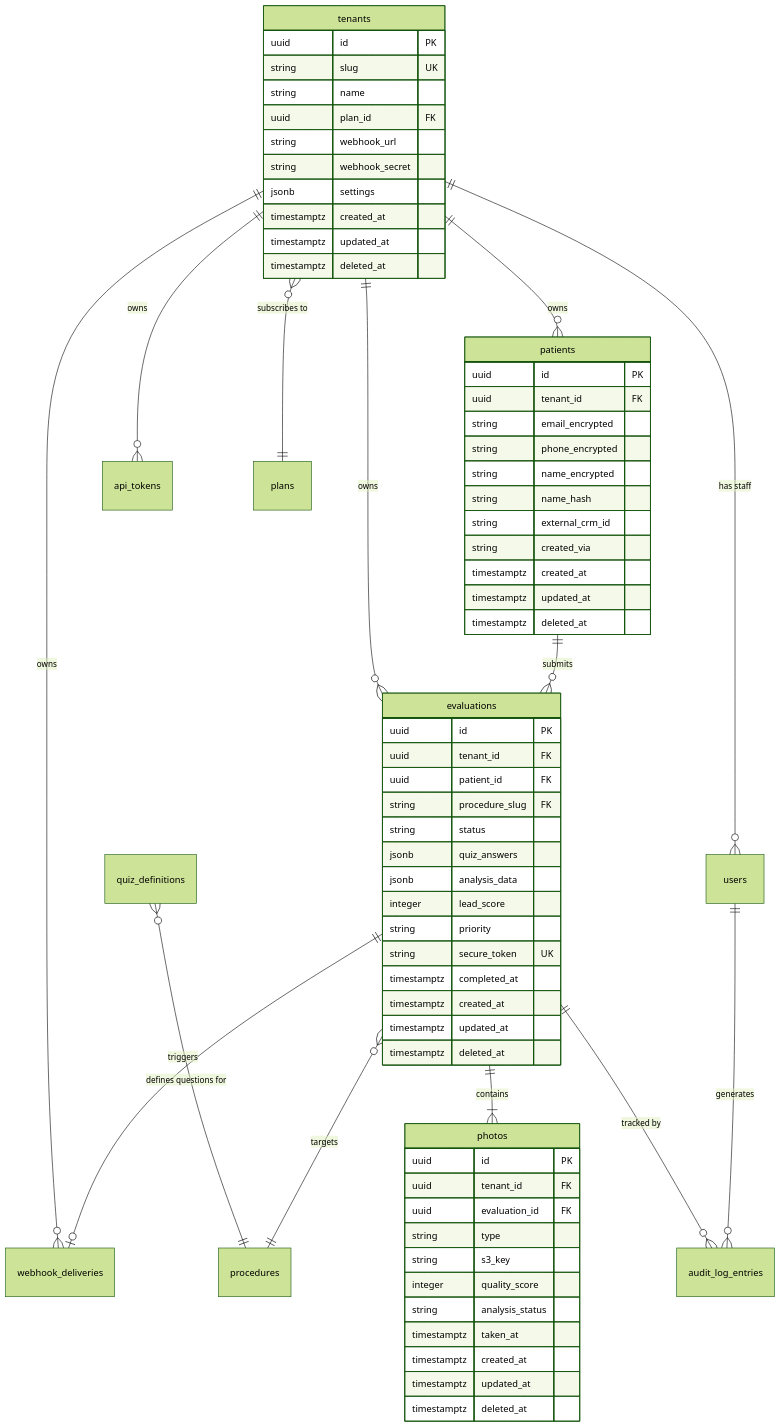
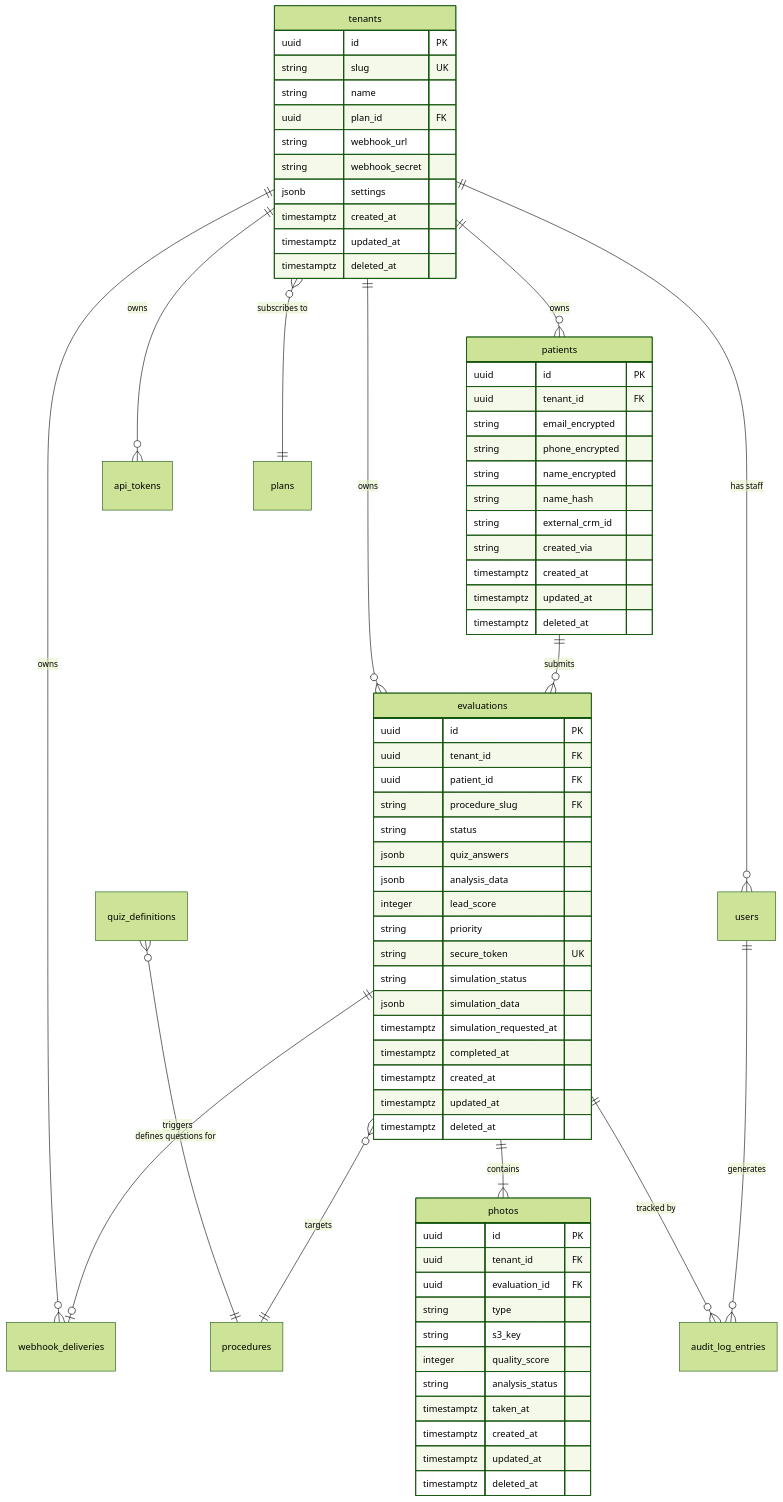
Before and after one commit to mlytorres/aesthetic-ai: the diagram in docs/technical/database-schema.md, drawn with Mermaid (forest theme). The commit also changed other lines of this file and 23 other files, not shown here.

````diff
--- a/docs/technical/database-schema.md
+++ b/docs/technical/database-schema.md
@@ -24,78 +24,81 @@
 ```mermaid
 erDiagram
     tenants ||--o{ users : "has staff"
     tenants ||--o{ patients : "owns"
     tenants ||--o{ evaluations : "owns"
     tenants ||--o{ webhook_deliveries : "owns"
     tenants ||--o{ api_tokens : "owns"
     tenants }o--|| plans : "subscribes to"
 
     patients ||--o{ evaluations : "submits"
 
     evaluations ||--|{ photos : "contains"
     evaluations ||--o{ audit_log_entries : "tracked by"
     evaluations ||--o| webhook_deliveries : "triggers"
 
     users ||--o{ audit_log_entries : "generates"
 
     quiz_definitions }o--|| procedures : "defines questions for"
     evaluations }o--|| procedures : "targets"
 
     tenants {
         uuid id PK
         string slug UK
         string name
         uuid plan_id FK
         string webhook_url
         string webhook_secret
         jsonb settings
         timestamptz created_at
         timestamptz updated_at
         timestamptz deleted_at
     }
 
     patients {
         uuid id PK
         uuid tenant_id FK
         string email_encrypted
         string phone_encrypted
         string name_encrypted
         string name_hash
         string external_crm_id
         string created_via
         timestamptz created_at
         timestamptz updated_at
         timestamptz deleted_at
     }
 
     evaluations {
         uuid id PK
         uuid tenant_id FK
         uuid patient_id FK
         string procedure_slug FK
         string status
         jsonb quiz_answers
         jsonb analysis_data
         integer lead_score
         string priority
         string secure_token UK
+        string simulation_status
+        jsonb simulation_data
+        timestamptz simulation_requested_at
         timestamptz completed_at
         timestamptz created_at
         timestamptz updated_at
         timestamptz deleted_at
     }
 
     photos {
         uuid id PK
         uuid tenant_id FK
         uuid evaluation_id FK
         string type
         string s3_key
         integer quality_score
         string analysis_status
         timestamptz taken_at
         timestamptz created_at
         timestamptz updated_at
         timestamptz deleted_at
     }
 ```
````
